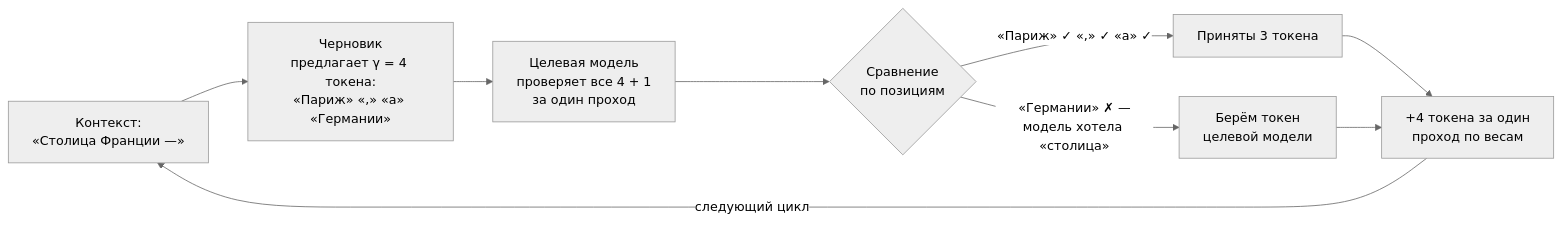
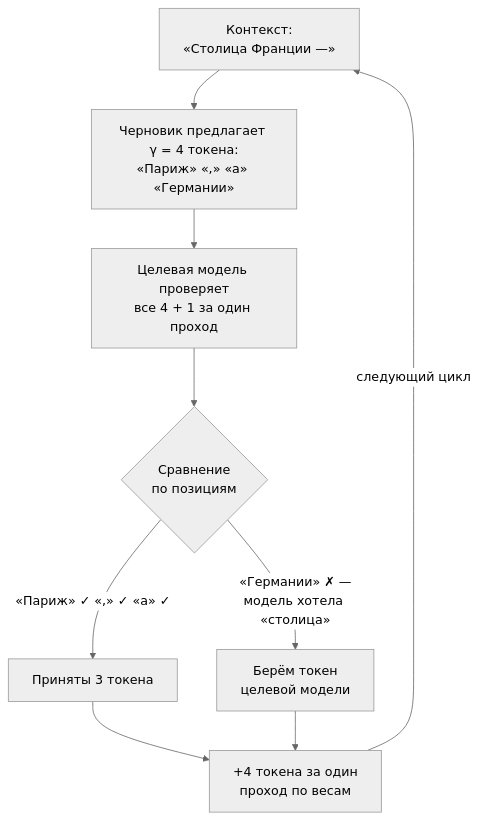
Before and after one commit to luckystrker/local-llm-inference-book: the diagram in 09-speculative-decoding.md, drawn with Mermaid (neutral theme). The commit also changed 2 other files, not shown here.

Commit message:
Главы 08–10: схемы Mermaid под узкий экран
Гл. 08: у диаграмм Ганта убран длинный заголовок (вынесен в текст над
схемой), подписи задач сокращены, у критического простоя короткая подпись —
на 400 px ничего не наезжает и не обрезается.
Гл. 09–10: линейные цепочки переведены из LR в TB, чтобы схема была узкой
и читалась на телефоне без горизонтальной прокрутки.

````diff
--- a/09-speculative-decoding.md
+++ b/09-speculative-decoding.md
@@ -21,11 +21,11 @@
 ```mermaid
-flowchart LR
-    CTX["Контекст:<br/>«Столица Франции —»"] --> DR["Черновик<br/>предлагает γ = 4 токена:<br/>«Париж» «,» «а» «Германии»"]
-    DR --> VER["Целевая модель<br/>проверяет все 4 + 1<br/>за один проход"]
+flowchart TB
+    CTX["Контекст:<br/>«Столица Франции —»"] --> DR["Черновик предлагает γ = 4 токена:<br/>«Париж» «,» «а» «Германии»"]
+    DR --> VER["Целевая модель проверяет<br/>все 4 + 1 за один проход"]
     VER --> CMP{"Сравнение<br/>по позициям"}
     CMP -->|"«Париж» ✓ «,» ✓ «а» ✓"| ACC["Приняты 3 токена"]
     CMP -->|"«Германии» ✗ —<br/>модель хотела «столица»"| FIX["Берём токен<br/>целевой модели"]
     ACC --> OUT["+4 токена за один<br/>проход по весам"]
     FIX --> OUT
     OUT -->|"следующий цикл"| CTX
 ```
````
